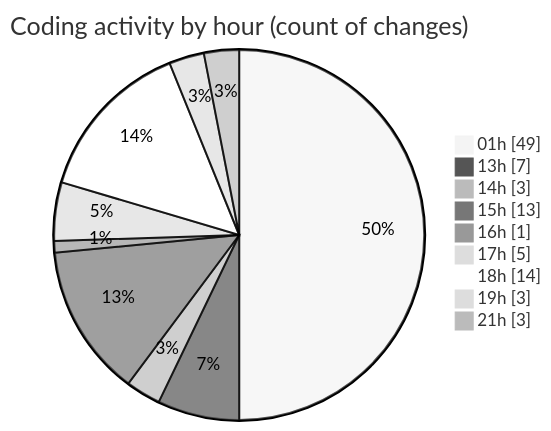
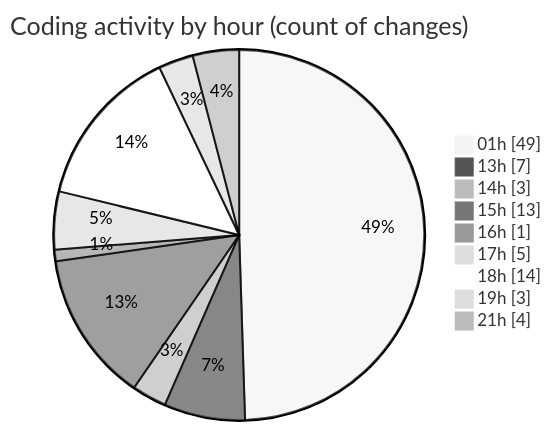
The second of 2 diagrams in 2025-09-02/quanlylink/README.md (lephambinh05/code-tracking), drawn with Mermaid (neutral theme) before and after one commit. The commit also changed other lines of this file and 1 other file, not shown here.

````diff
--- a/2025-09-02/quanlylink/README.md
+++ b/2025-09-02/quanlylink/README.md
@@ -63,13 +63,13 @@
 ```mermaid
 pie showData
 title Coding activity by hour (count of changes)
 "01h" : 49
 "13h" : 7
 "14h" : 3
 "15h" : 13
 "16h" : 1
 "17h" : 5
 "18h" : 14
 "19h" : 3
-"21h" : 3
+"21h" : 4
 ```
````
